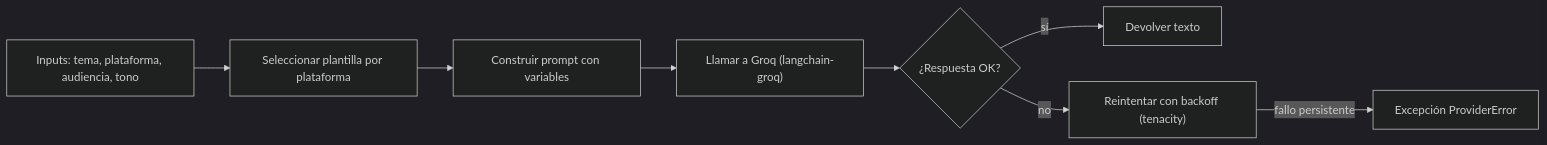
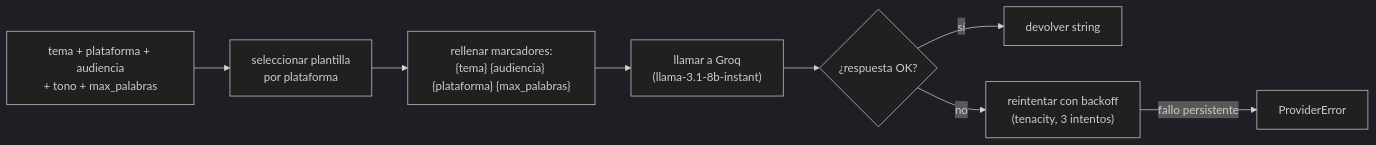
One commit to Jose-JulioRamirezySanchez-Escobar/P10JJ changed the diagram in docs/design/SPEC_feat-core-generador-base.md. Above: the diagram before and after it, drawn with Mermaid (dark theme). The commit also changed other lines of this file, not shown here.

````diff
--- a/docs/design/SPEC_feat-core-generador-base.md
+++ b/docs/design/SPEC_feat-core-generador-base.md
@@ -21,10 +28,10 @@
 ```mermaid
 flowchart LR
-    A["Inputs: tema, plataforma, audiencia, tono"] --> B["Seleccionar plantilla por plataforma"]
-    B --> C["Construir prompt con variables"]
-    C --> D["Llamar a Groq (langchain-groq)"]
-    D --> E{"¿Respuesta OK?"}
-    E -- sí --> F["Devolver texto"]
-    E -- no --> G["Reintentar con backoff (tenacity)"]
-    G -- fallo persistente --> H["Excepción ProviderError"]
+    A["tema + plataforma + audiencia<br/>+ tono + max_palabras"] --> B["seleccionar plantilla<br/>por plataforma"]
+    B --> C["rellenar marcadores:<br/>{tema} {audiencia} {plataforma} {max_palabras}"]
+    C --> D["llamar a Groq<br/>(llama-3.1-8b-instant)"]
+    D --> E{"¿respuesta OK?"}
+    E -- "sí" --> F["devolver string"]
+    E -- "no" --> G["reintentar con backoff<br/>(tenacity, 3 intentos)"]
+    G -- "fallo persistente" --> H["ProviderError"]
 ```
````
